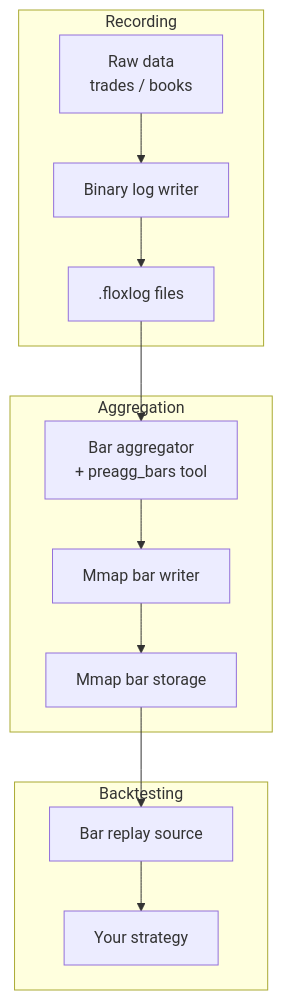
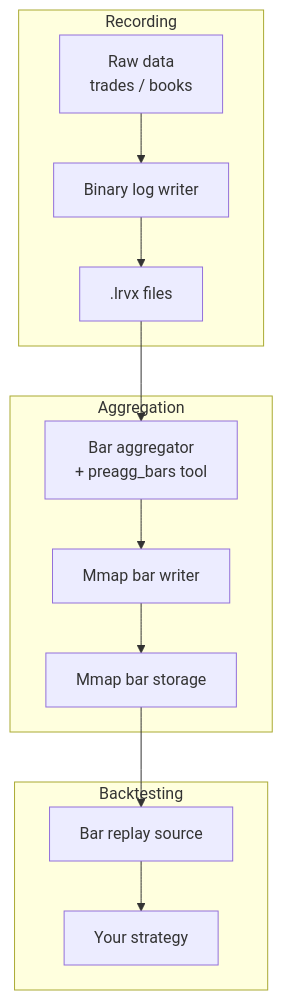
The diagram in docs/how-to/bar-aggregation.md (FLOX-Foundation/flox), drawn with Mermaid before and after one commit. The commit also changed other lines of this file and 2531 other files, not shown here.

````diff
--- a/docs/how-to/bar-aggregation.md
+++ b/docs/how-to/bar-aggregation.md
@@ -5,18 +5,18 @@
 ```mermaid
 flowchart TB
     subgraph Recording
         RD[Raw data<br/>trades / books] --> BLW[Binary log writer]
-        BLW --> FLX[.floxlog files]
+        BLW --> FLX[.lrvx files]
     end
 
     subgraph Aggregation
         FLX --> BA[Bar aggregator<br/>+ preagg_bars tool]
         BA --> MBW[Mmap bar writer]
         MBW --> MBS[Mmap bar storage]
     end
 
     subgraph Backtesting
         MBS --> MBRS[Bar replay source]
         MBRS --> STR[Your strategy]
     end
 ```
````
